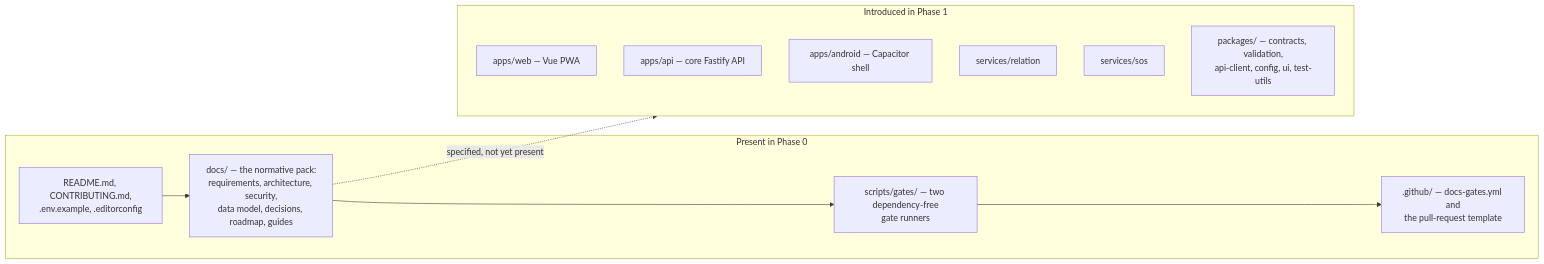
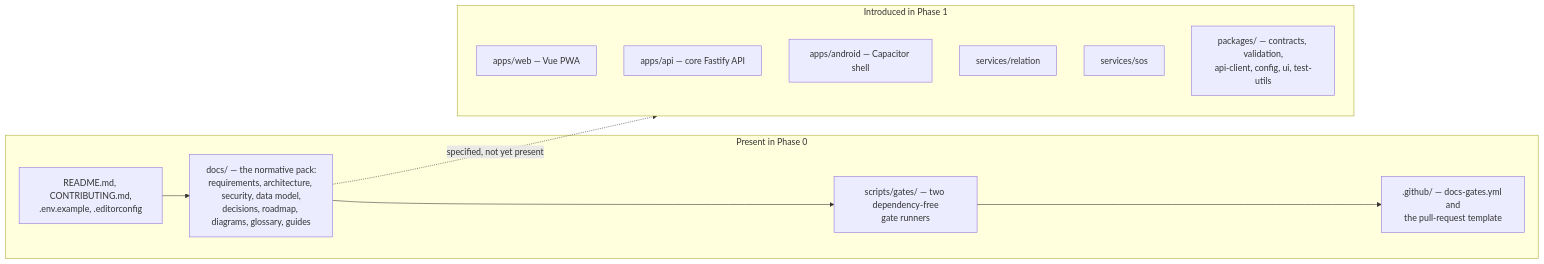
The first of 16 diagrams in docs/DIAGRAMS.md (komeilm76/boro_biya), drawn with Mermaid before and after one commit. The commit also changed other lines of this file and 8 other files, not shown here.

````diff
--- a/docs/DIAGRAMS.md
+++ b/docs/DIAGRAMS.md
@@ -19,21 +19,21 @@
 ```mermaid
 flowchart LR
   subgraph now["Present in Phase 0"]
     entry["README.md, CONTRIBUTING.md,<br/>.env.example, .editorconfig"]
-    docs["docs/ — the normative pack:<br/>requirements, architecture, security,<br/>data model, decisions, roadmap, guides"]
+    docs["docs/ — the normative pack:<br/>requirements, architecture, security, data model,<br/>decisions, roadmap, diagrams, glossary, guides"]
     gates["scripts/gates/ — two dependency-free<br/>gate runners"]
     ci[".github/ — docs-gates.yml and<br/>the pull-request template"]
   end
   subgraph p1["Introduced in Phase 1"]
     web["apps/web — Vue PWA"]
     api["apps/api — core Fastify API"]
     android["apps/android — Capacitor shell"]
     relsvc["services/relation"]
     sossvc["services/sos"]
     pkgs["packages/ — contracts, validation,<br/>api-client, config, ui, test-utils"]
   end
   entry --> docs
   docs --> gates
   gates --> ci
   docs -.->|"specified, not yet present"| p1
 ```
````
